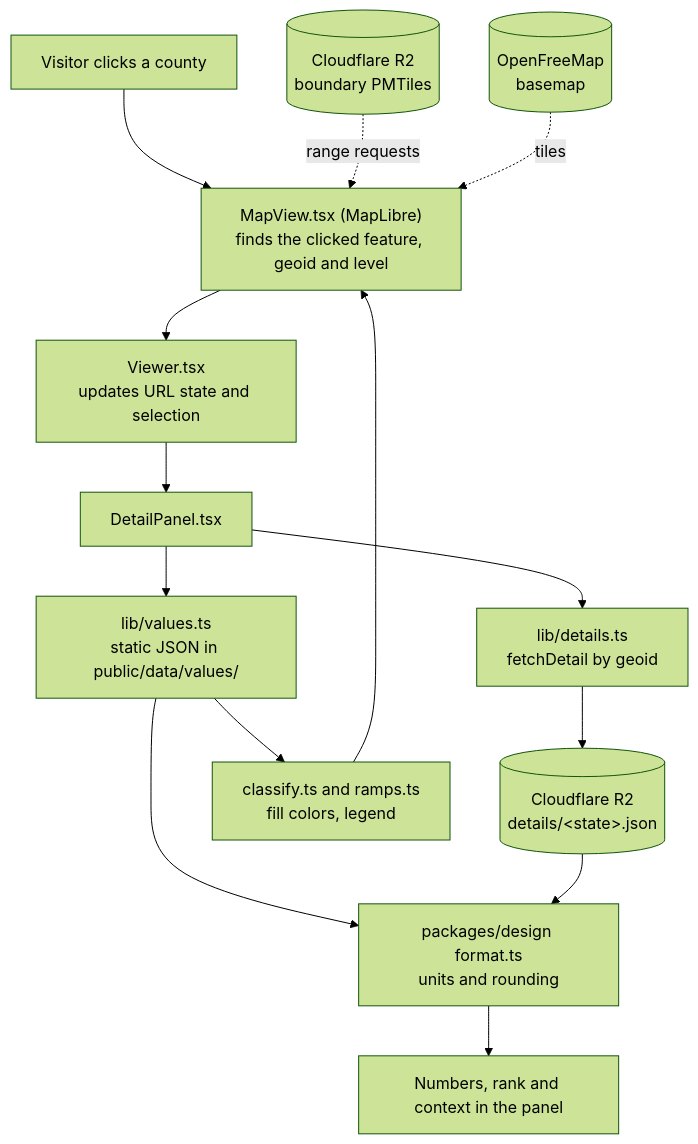
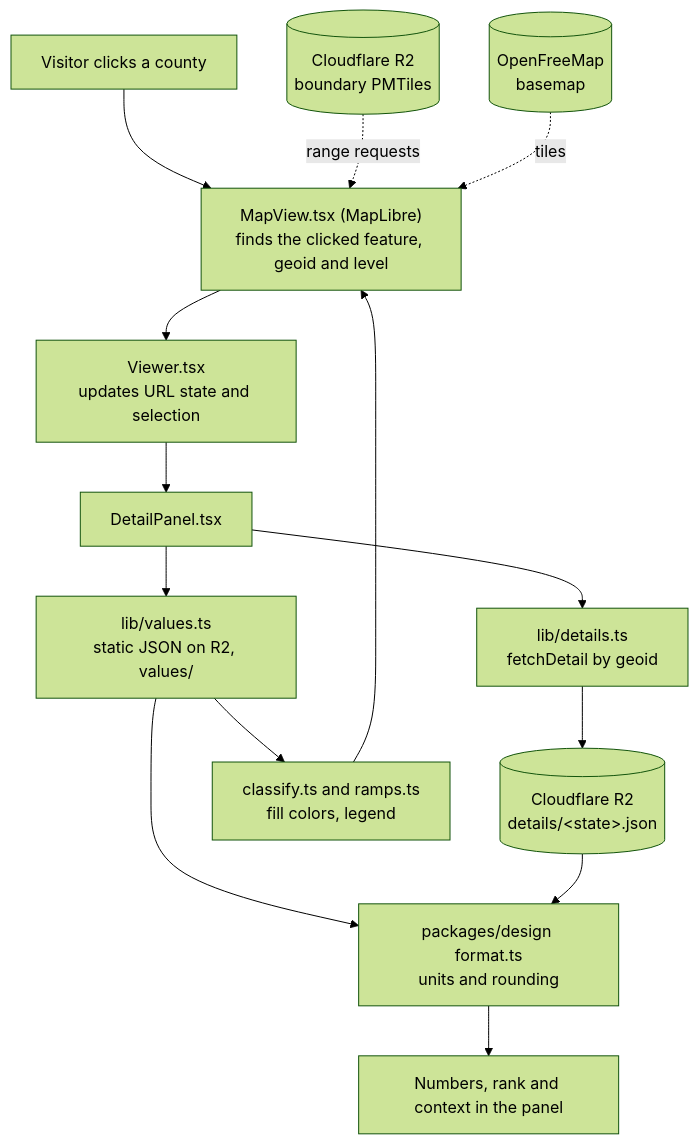
One commit to robking07/webgis changed the diagram in docs/architecture.md. Above: the diagram before and after it, drawn with Mermaid (forest theme). The commit also changed other lines of this file and 7 other files, not shown here.

````diff
--- a/docs/architecture.md
+++ b/docs/architecture.md
@@ -45,16 +46,16 @@
 ```mermaid
 flowchart TD
   U["Visitor clicks a county"] --> MV["MapView.tsx (MapLibre)<br/>finds the clicked feature, geoid and level"]
   MV --> VW["Viewer.tsx<br/>updates URL state and selection"]
   VW --> DP["DetailPanel.tsx"]
-  DP --> V["lib/values.ts<br/>static JSON in public/data/values/"]
+  DP --> V["lib/values.ts<br/>static JSON on R2, values/"]
   DP --> SB["lib/details.ts<br/>fetchDetail by geoid"]
   SB --> DB[("Cloudflare R2<br/>details/&lt;state&gt;.json")]
   V --> FMT["packages/design format.ts<br/>units and rounding"]
   DB --> FMT
   FMT --> OUT["Numbers, rank and context in the panel"]
   R2[("Cloudflare R2<br/>boundary PMTiles")] -. "range requests" .-> MV
   OFM[("OpenFreeMap<br/>basemap")] -. "tiles" .-> MV
   V --> DS["classify.ts and ramps.ts<br/>fill colors, legend"]
   DS --> MV
 ```
````
